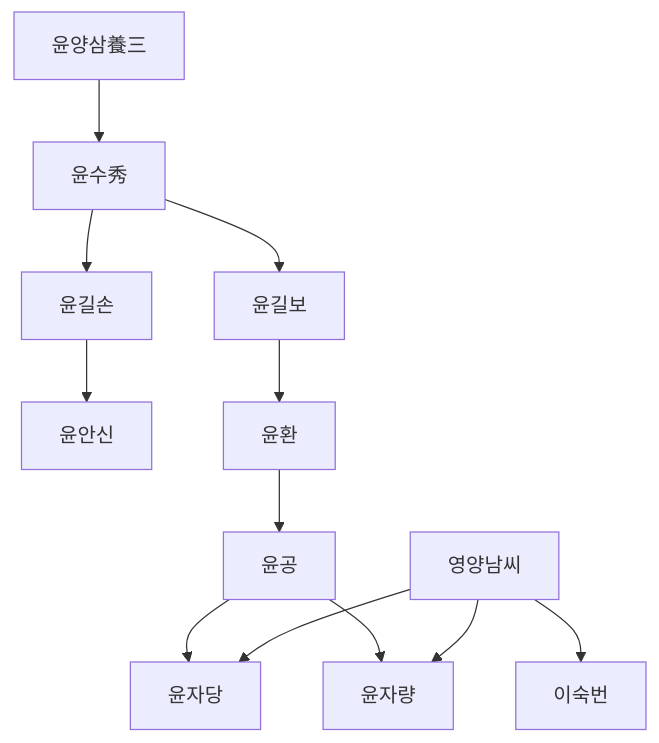
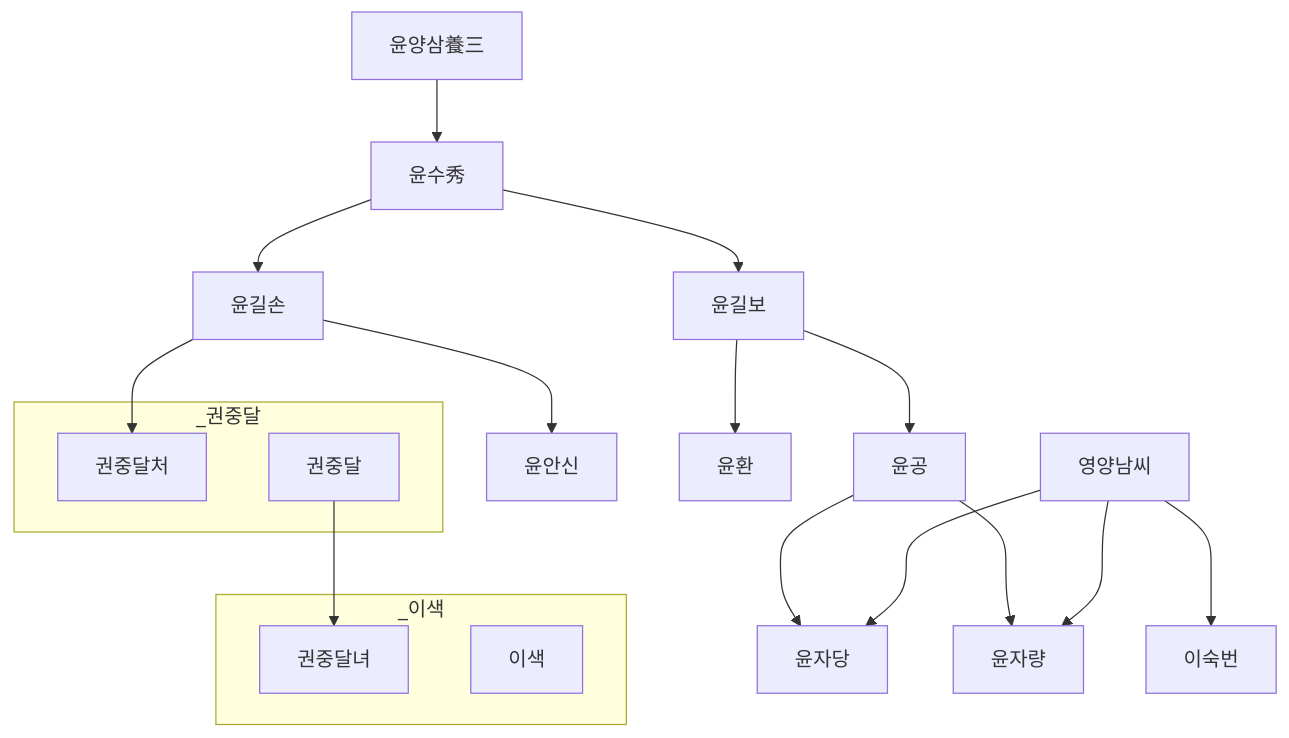
Before and after one commit to daewonyoon/historigram: the diagram in 한국사/고려후기칠윤가계도.md, drawn with Mermaid. The commit also changed 3 other files, not shown here.

````diff
--- a/한국사/고려후기칠윤가계도.md
+++ b/한국사/고려후기칠윤가계도.md
@@ -2,13 +2,23 @@
 ```mermaid
 graph TD
 
 윤양삼養三 --> 윤수秀
 윤수秀 --> 윤길손 --> 윤안신
 윤수秀 --> 윤길보 --> 윤환
-윤환 --> 윤공 --> 윤자당
+윤길보 --> 윤공 --> 윤자당
 윤공 --> 윤자량
 영양남씨 --> 윤자당
 영양남씨 --> 윤자량
 영양남씨 --> 이숙번
+윤길손 --> 권중달처
+권중달 --> 권중달녀
+subgraph _권중달
+    권중달
+    권중달처
+end
+subgraph _이색
+    이색
+    권중달녀
+end
 
 ```
````
